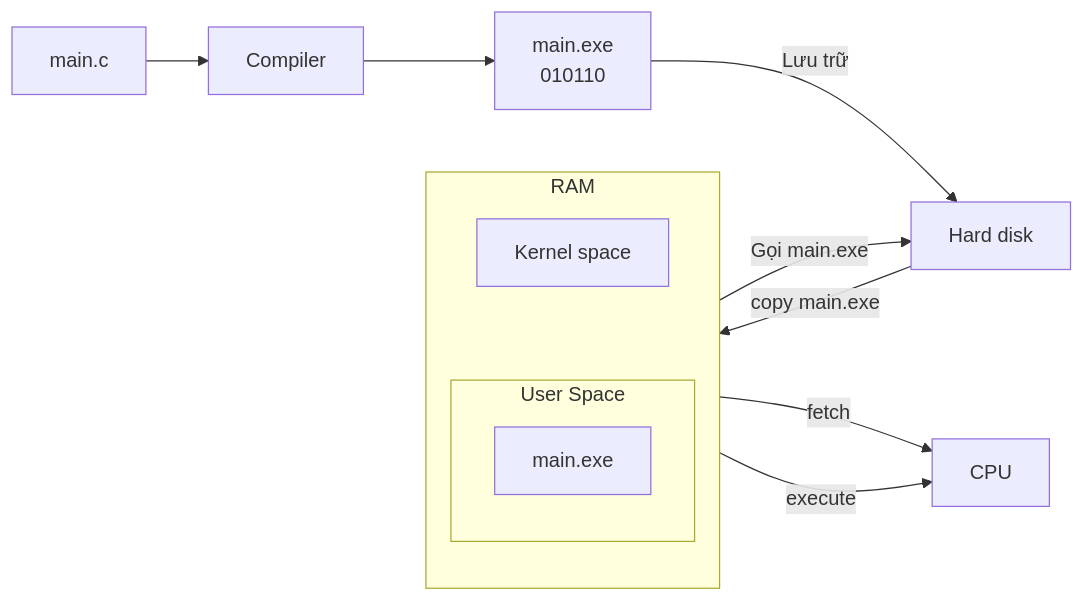
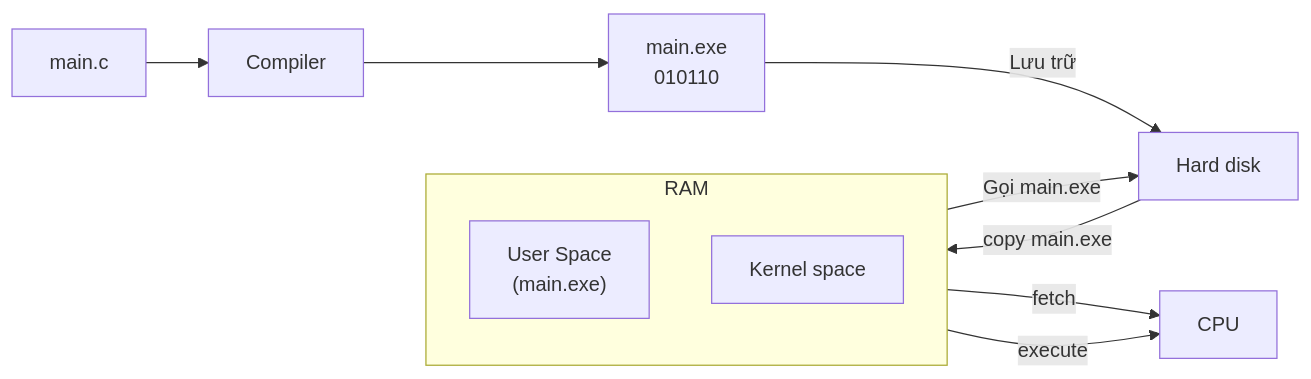
Before and after one commit to Duc-Lee/LLMserving_GPUoptimization: the third of 10 diagrams in OperatingSystem/OS_scratch/Concepts_OS/Intro_OS/Lession4.md, drawn with Mermaid. The commit also changed other lines of this file, not shown here.

````diff
--- a/OperatingSystem/OS_scratch/Concepts_OS/Intro_OS/Lession4.md
+++ b/OperatingSystem/OS_scratch/Concepts_OS/Intro_OS/Lession4.md
@@ -51,21 +42,18 @@
 ```mermaid
 flowchart LR
     SRC["main.c"] --> COMP["Compiler"]
     COMP --> EXE["main.exe<br/>010110"]
     EXE -->|"Lưu trữ"| DISK["Hard disk"]
 
-    DISK -->|"copy main.exe"| MAIN
-    MAIN -->|"Gọi main.exe"| DISK
+    DISK -->|"copy main.exe"| US
+    US -->|"Gọi main.exe"| DISK
 
     subgraph RAM ["RAM"]
         direction TB
         KS["Kernel space"]
-        subgraph US ["User Space"]
-            MAIN["main.exe"]
-        end
-        KS ~~~ US
+        US["User Space<br/>(main.exe)"]
     end
 
-    MAIN -->|"fetch"| CPU["CPU"]
-    MAIN -->|"execute"| CPU
+    US -->|"fetch"| CPU["CPU"]
+    US -->|"execute"| CPU
 ```
````
